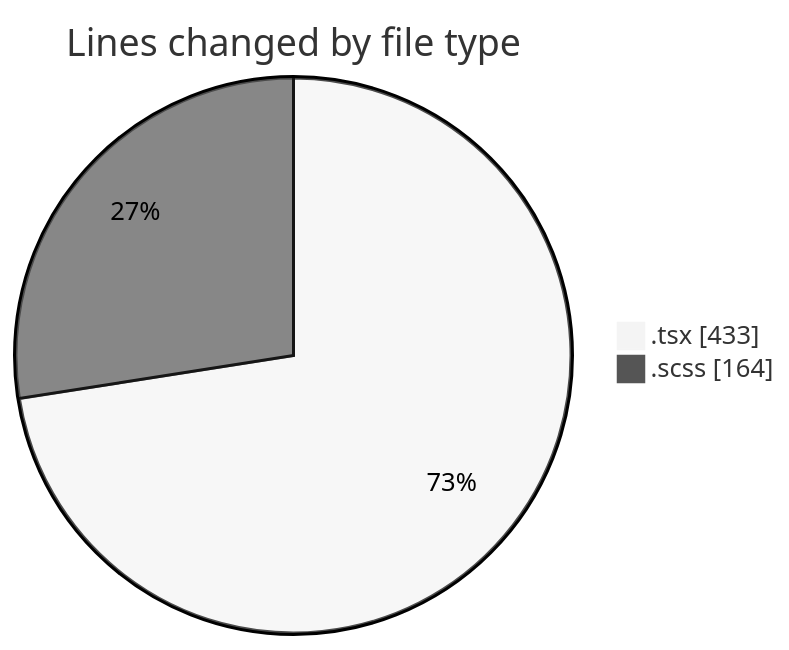
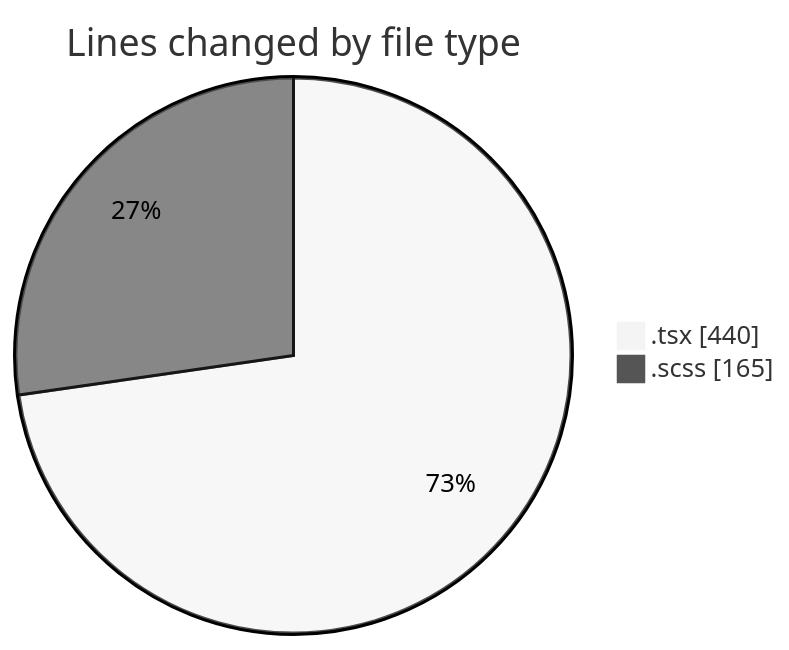
One commit to momahboobian/code-tracking changed the first of 2 diagrams in 2026-04-16/cda/README.md. Above: the diagram before and after it, drawn with Mermaid (neutral theme). The commit also changed other lines of this file and 1 other file, not shown here.

````diff
--- a/2026-04-16/cda/README.md
+++ b/2026-04-16/cda/README.md
@@ -23,6 +23,6 @@
 ```mermaid
 pie showData
 title Lines changed by file type
-".tsx" : 433
-".scss" : 164
+".tsx" : 440
+".scss" : 165
 ```
````
